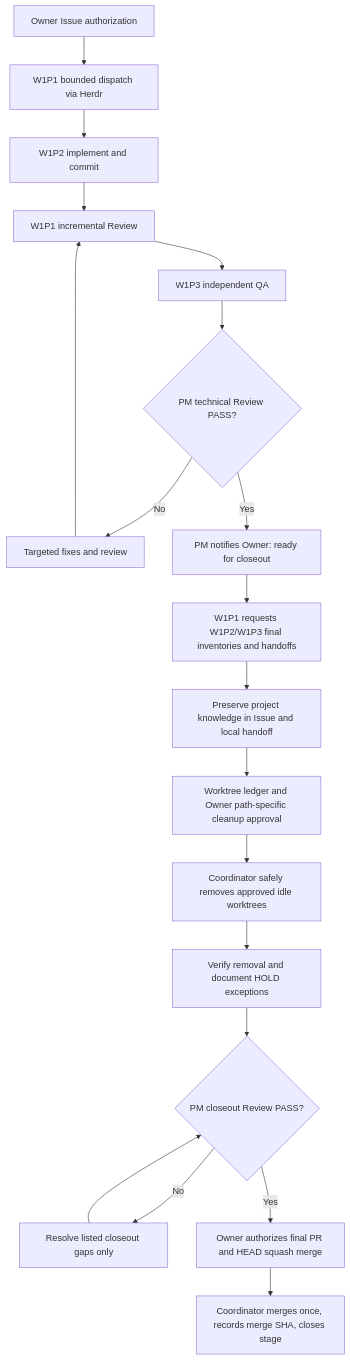
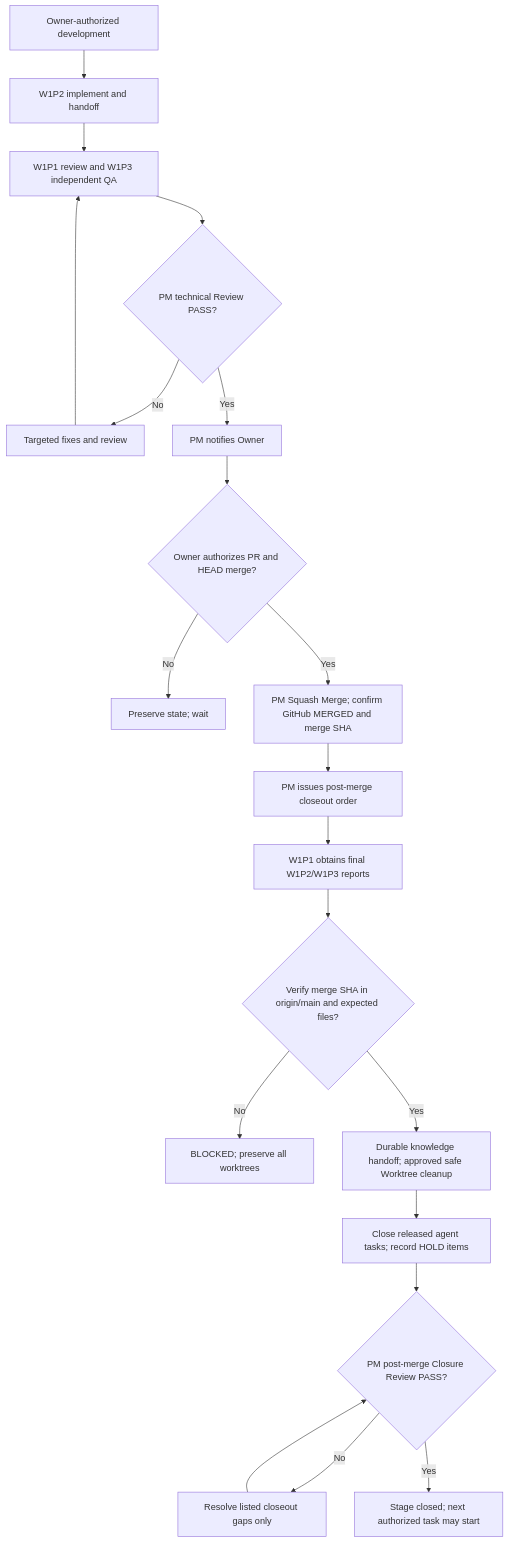
Before and after one commit to wupojung/AIoT-HW2-Housing-Regression: the diagram in AGENTS.md, drawn with Mermaid. The commit also changed other lines of this file, not shown here.

Commit message:
docs: require merge verification before agent and worktree closeout

````diff
--- a/AGENTS.md
+++ b/AGENTS.md
@@ -248,21 +259,22 @@
 ```mermaid
 flowchart TD
-  A[Owner Issue authorization] --> B[W1P1 bounded dispatch via Herdr]
-  B --> C[W1P2 implement and commit]
-  C --> D[W1P1 incremental Review]
-  D --> E[W1P3 independent QA]
-  E --> F{PM technical Review PASS?}
-  F -->|No| R[Targeted fixes and review]
-  R --> D
-  F -->|Yes| G[PM notifies Owner: ready for closeout]
-  G --> H[W1P1 requests W1P2/W1P3 final inventories and handoffs]
-  H --> I[Preserve project knowledge in Issue and local handoff]
-  I --> J[Worktree ledger and Owner path-specific cleanup approval]
-  J --> K[Coordinator safely removes approved idle worktrees]
-  K --> L[Verify removal and document HOLD exceptions]
-  L --> M{PM closeout Review PASS?}
+  A[Owner-authorized development] --> B[W1P2 implement and handoff]
+  B --> C[W1P1 review and W1P3 independent QA]
+  C --> D{PM technical Review PASS?}
+  D -->|No| R[Targeted fixes and review]
+  R --> C
+  D -->|Yes| E[PM notifies Owner]
+  E --> F{Owner authorizes PR and HEAD merge?}
+  F -->|No| X[Preserve state; wait]
+  F -->|Yes| G[PM Squash Merge; confirm GitHub MERGED and merge SHA]
+  G --> H[PM issues post-merge closeout order]
+  H --> I[W1P1 obtains final W1P2/W1P3 reports]
+  I --> J{Verify merge SHA in origin/main and expected files?}
+  J -->|No| Y[BLOCKED; preserve all worktrees]
+  J -->|Yes| K[Durable knowledge handoff; approved safe Worktree cleanup]
+  K --> L[Close released agent tasks; record HOLD items]
+  L --> M{PM post-merge Closure Review PASS?}
   M -->|No| N[Resolve listed closeout gaps only]
   N --> M
-  M -->|Yes| O[Owner authorizes final PR and HEAD squash merge]
-  O --> P[Coordinator merges once, records merge SHA, closes stage]
+  M -->|Yes| O[Stage closed; next authorized task may start]
 ```
````
